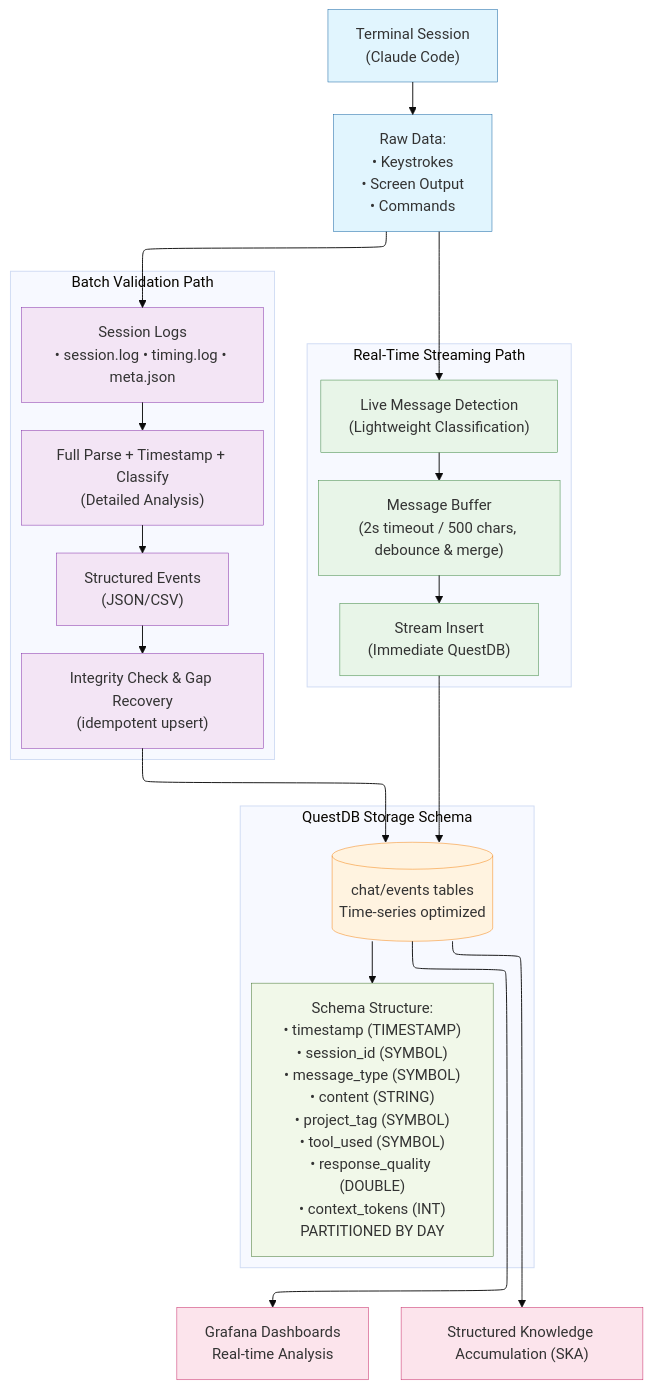
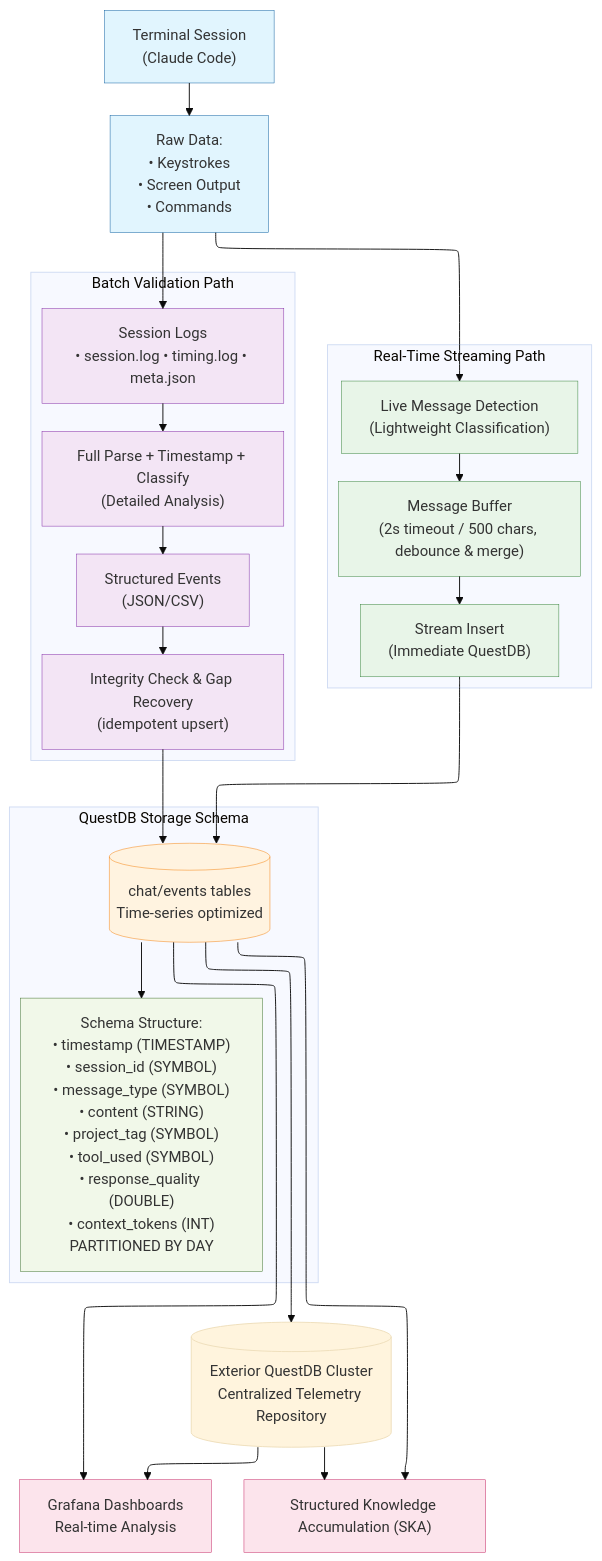
One commit to quantiota/AI-Agent-Host changed the diagram in claude-code/chat-history/telemetry.mmd. Above: the diagram before and after it, drawn with Mermaid. The commit also changed 2 other files, not shown here.

```diff
--- a/claude-code/chat-history/telemetry.mmd
+++ b/claude-code/chat-history/telemetry.mmd
@@ -1,75 +1,79 @@
 ---
 config:
   look: classic
   theme: base
   layout: elk
 ---
 flowchart TD
     %% Input Layer
     terminal["Terminal Session<br/>(Claude Code)"]
     raw["Raw Data:<br/>• Keystrokes<br/>• Screen Output<br/>• Commands"]
     
     %% Dual Processing Paths
     subgraph "Real-Time Streaming Path"
         direction TB
         realtime_detect["Live Message Detection<br/>(Lightweight Classification)"]
         message_buffer["Message Buffer<br/>(2s timeout / 500 chars, debounce & merge)"]
         stream_insert["Stream Insert<br/>(Immediate QuestDB)"]
     end
     
     subgraph "Batch Validation Path"
         direction TB
         logs["Session Logs<br/>• session.log • timing.log • meta.json"]
         parser["Full Parse + Timestamp + Classify<br/>(Detailed Analysis)"]
         events["Structured Events<br/>(JSON/CSV)"]
         validate["Integrity Check & Gap Recovery<br/>(idempotent upsert)"]
     end
     
     %% Database Schema
     subgraph "QuestDB Storage Schema"
         direction TB
         questdb[("chat/events tables<br/>Time-series optimized")]
         schema["Schema Structure:<br/>• timestamp (TIMESTAMP)<br/>• session_id (SYMBOL)<br/>• message_type (SYMBOL)<br/>• content (STRING)<br/>• project_tag (SYMBOL)<br/>• tool_used (SYMBOL)<br/>• response_quality (DOUBLE)<br/>• context_tokens (INT)<br/>PARTITIONED BY DAY"]
     end
     
     %% Intelligence Layer
     grafana["Grafana Dashboards<br/>Real-time Analysis"]
     ska["Structured Knowledge Accumulation (SKA)"]
     
     %% Flow Connections
     terminal --> raw
     raw --> realtime_detect
     raw --> logs
     
     %% Real-time path
     realtime_detect --> message_buffer
     message_buffer --> stream_insert
     stream_insert --> questdb
+
+    questdb --> extquestdb[("Exterior QuestDB Cluster<br/>Centralized Telemetry Repository")]
+    extquestdb --> grafana
+    extquestdb --> ska
     
     %% Batch validation path  
     logs --> parser
     parser --> events
     events --> validate
     validate --> questdb
     
     %% Schema connection
     questdb --> schema
     
     %% Intelligence layer
     questdb --> grafana
     questdb --> ska
     
     %% Styling
     classDef input fill:#e1f5fe,stroke:#01579b,stroke-width:0.5px
     classDef realtime fill:#e8f5e8,stroke:#2e7d32,stroke-width:0.5px
     classDef batch fill:#f3e5f5,stroke:#7b1fa2,stroke-width:0.5px
     classDef storage fill:#fff3e0,stroke:#f57c00,stroke-width:0.5px
     classDef schema fill:#f1f8e9,stroke:#33691e,stroke-width:0.5px
     classDef intelligence fill:#fce4ec,stroke:#c2185b,stroke-width:0.5px
     
     class terminal,raw input
     class realtime_detect,message_buffer,stream_insert realtime
     class logs,parser,events,validate batch
     class questdb storage
     class schema schema
     class grafana,ska intelligence
```
